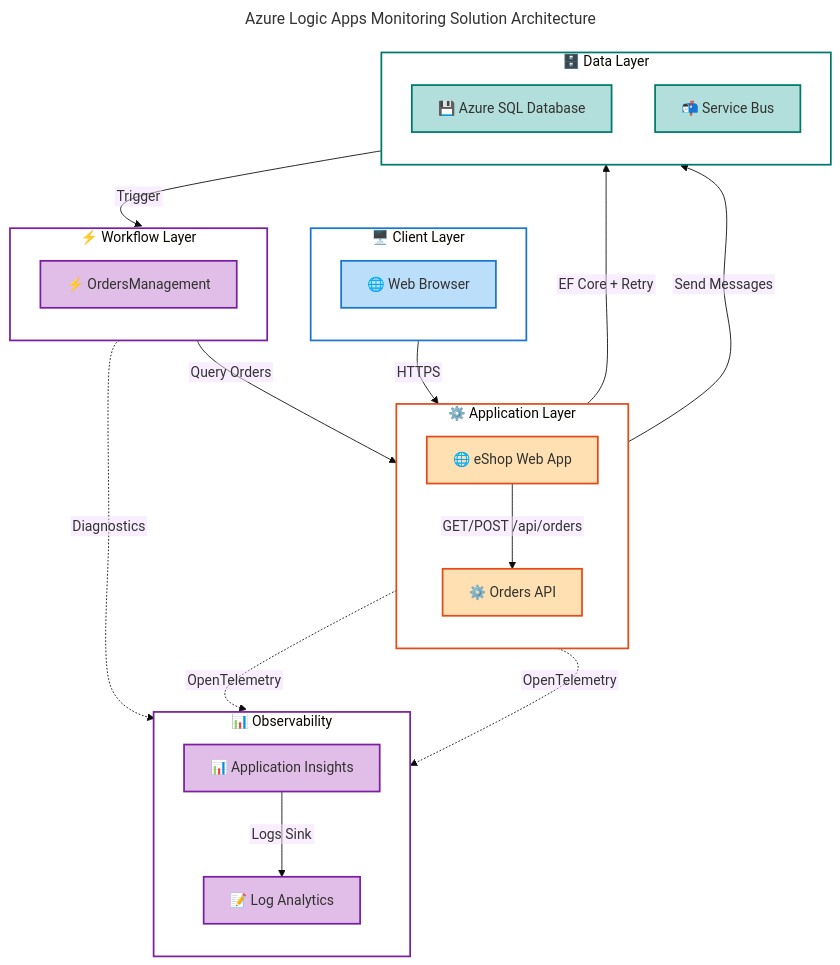
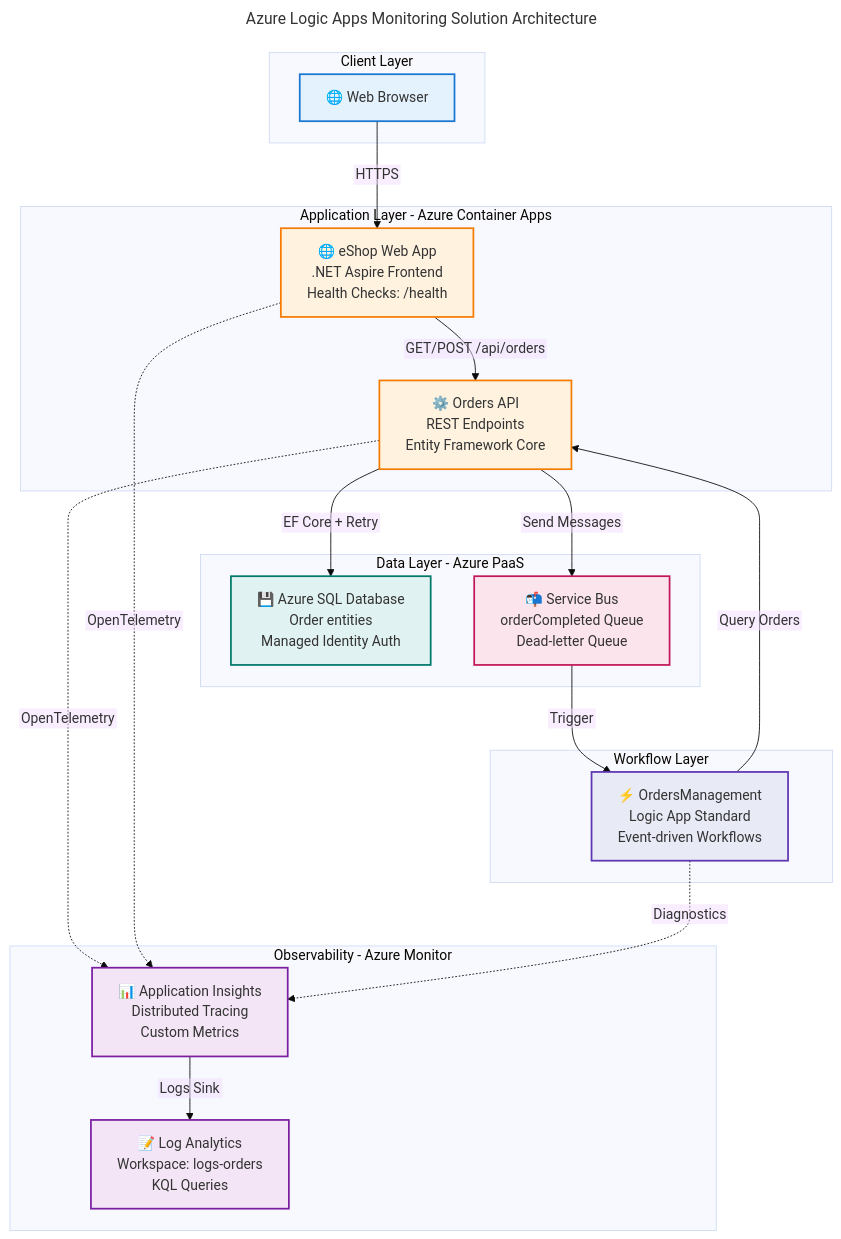
One commit to Evilazaro/Azure-LogicApps-Monitoring changed the diagram in README.md. Above: the diagram before and after it, drawn with Mermaid. The commit also changed other lines of this file, not shown here.

Commit message:
docs: update flowchart structure and styling for improved clarity and accessibility

````diff
--- a/README.md
+++ b/README.md
@@ -96,87 +96,52 @@
   theme: base
   flowchart:
     htmlLabels: false
-    curve: cardinal
 ---
-flowchart TB
+graph TB
     accTitle: Azure Logic Apps Monitoring Solution Architecture
-    accDescr: Layered microservices architecture showing client access, application services, workflow orchestration, data persistence, and observability components with their interactions
+    accDescr: Shows layered microservices architecture with Client Layer, Application Layer, Workflow Layer, Data Layer, and Observability components with their interactions
 
-    %% ============================================
-    %% AZURE / FLUENT ARCHITECTURE PATTERN v1.1 (Semantic + Font Governance)
-    %% Color Scheme: Semantic colors based on component function (100-level for nodes)
-    %% - Client/UI = Blue (#BBDEFB) → User interaction
-    %% - Application Services = Orange (#FFE0B2) → Business logic
-    %% - Workflow/Orchestration = Purple (#E1BEE7) → Event-driven processes
-    %% - Data/Storage = Teal (#B2DFDB) → Persistence and messaging
-    %% - Observability = Purple (#E1BEE7) → Monitoring and logging
-    %% Subgraph backgrounds = White/neutral for clean visual hierarchy
-    %% ============================================
-
-    %% Complete classDef palette (14 declarations - MRM-D002 compliant)
-    classDef level1Group fill:#FFFFFF,stroke:#3F51B5,stroke-width:3px,color:#323130
-    classDef level2Group fill:#C5CAE9,stroke:#3F51B5,stroke-width:2px,color:#323130
-    classDef level3Group fill:#9FA8DA,stroke:#3F51B5,stroke-width:2px,color:#323130
-    classDef level4Group fill:#7986CB,stroke:#3F51B5,stroke-width:1px,color:#fff
-    classDef mainGroup fill:#FFFFFF,stroke:#3F51B5,stroke-width:3px,color:#323130
-    classDef subGroup fill:#C5CAE9,stroke:#3F51B5,stroke-width:2px,color:#323130
-    classDef azureBlue fill:#BBDEFB,stroke:#1976D2,stroke-width:2px,color:#323130
-    classDef azureGreen fill:#C8E6C9,stroke:#388E3C,stroke-width:2px,color:#323130
-    classDef azureRed fill:#FFCDD2,stroke:#D32F2F,stroke-width:2px,color:#323130
-    classDef azureYellow fill:#FFF9C4,stroke:#F57F17,stroke-width:2px,color:#323130
-    classDef azureOrange fill:#FFE0B2,stroke:#E64A19,stroke-width:2px,color:#323130
-    classDef azurePurple fill:#E1BEE7,stroke:#7B1FA2,stroke-width:2px,color:#323130
-    classDef azureTeal fill:#B2DFDB,stroke:#00796B,stroke-width:2px,color:#323130
-    classDef neutralGrey fill:#F3F2F1,stroke:#605E5C,stroke-width:2px,color:#323130
-
-    subgraph clientLayer["🖥️ Client Layer"]
-        direction TB
-        clientNode["🌐 Web Browser"]:::azureBlue
+    subgraph "Client Layer"
+        Client["🌐 Web Browser"]
     end
 
-    subgraph appLayer["⚙️ Application Layer"]
-        direction TB
-        webApp["🌐 eShop Web App"]:::azureOrange
-        ordersAPI["⚙️ Orders API"]:::azureOrange
+    subgraph "Application Layer - Azure Container Apps"
+        WebApp["🌐 eShop Web App<br/>.NET Aspire Frontend<br/>Health Checks: /health"]
+        OrdersAPI["⚙️ Orders API<br/>REST Endpoints<br/>Entity Framework Core"]
     end
 
-    subgraph workflowLayer["⚡ Workflow Layer"]
-        direction TB
-        logicApp["⚡ OrdersManagement"]:::azurePurple
+    subgraph "Workflow Layer"
+        LogicApp["⚡ OrdersManagement<br/>Logic App Standard<br/>Event-driven Workflows"]
     end
 
-    subgraph dataLayer["🗄️ Data Layer"]
-        direction TB
-        sqlDb["💾 Azure SQL Database"]:::azureTeal
-        serviceBus["📬 Service Bus"]:::azureTeal
+    subgraph "Data Layer - Azure PaaS"
+        SQL["💾 Azure SQL Database<br/>Order entities<br/>Managed Identity Auth"]
+        ServiceBus["📬 Service Bus<br/>orderCompleted Queue<br/>Dead-letter Queue"]
     end
 
-    subgraph observabilityLayer["📊 Observability"]
-        direction TB
-        appInsights["📊 Application Insights"]:::azurePurple
-        logAnalytics["📝 Log Analytics"]:::azurePurple
+    subgraph "Observability - Azure Monitor"
+        AppInsights["📊 Application Insights<br/>Distributed Tracing<br/>Custom Metrics"]
+        LogAnalytics["📝 Log Analytics<br/>Workspace: logs-orders<br/>KQL Queries"]
     end
 
-    %% Connections
-    clientNode -->|HTTPS| webApp
-    webApp -->|GET/POST /api/orders| ordersAPI
-    ordersAPI -->|EF Core + Retry| sqlDb
-    ordersAPI -->|Send Messages| serviceBus
-    serviceBus -->|Trigger| logicApp
-    logicApp -->|Query Orders| ordersAPI
+    Client -->|HTTPS| WebApp
+    WebApp -->|"GET/POST /api/orders"| OrdersAPI
+    OrdersAPI -->|"EF Core + Retry"| SQL
+    OrdersAPI -->|"Send Messages"| ServiceBus
+    ServiceBus -->|Trigger| LogicApp
+    LogicApp -->|Query Orders| OrdersAPI
 
-    ordersAPI -.->|OpenTelemetry| appInsights
-    webApp -.->|OpenTelemetry| appInsights
-    logicApp -.->|Diagnostics| appInsights
-    appInsights -->|Logs Sink| logAnalytics
+    OrdersAPI -.->|OpenTelemetry| AppInsights
+    WebApp -.->|OpenTelemetry| AppInsights
+    LogicApp -.->|Diagnostics| AppInsights
+    AppInsights -->|Logs Sink| LogAnalytics
 
-    %% Subgraph styling (MANDATORY - MRM-S001 - 5 subgraphs = 5 style directives)
-    %% Using white/neutral backgrounds for clean hierarchy - semantic colors on nodes only
-    style clientLayer fill:#FFFFFF,stroke:#1976D2,stroke-width:2px
-    style appLayer fill:#FFFFFF,stroke:#E64A19,stroke-width:2px
-    style workflowLayer fill:#FFFFFF,stroke:#7B1FA2,stroke-width:2px
-    style dataLayer fill:#FFFFFF,stroke:#00796B,stroke-width:2px
-    style observabilityLayer fill:#FFFFFF,stroke:#7B1FA2,stroke-width:2px
-
-    %% Accessibility: WCAG AA verified (contrast ratio ≥4.5:1)
+    style Client fill:#E3F2FD,stroke:#1976D2,stroke-width:2px
+    style WebApp fill:#FFF3E0,stroke:#F57C00,stroke-width:2px
+    style OrdersAPI fill:#FFF3E0,stroke:#F57C00,stroke-width:2px
+    style LogicApp fill:#E8EAF6,stroke:#5E35B1,stroke-width:2px
+    style SQL fill:#E0F2F1,stroke:#00796B,stroke-width:2px
+    style ServiceBus fill:#FCE4EC,stroke:#C2185B,stroke-width:2px
+    style AppInsights fill:#F3E5F5,stroke:#7B1FA2,stroke-width:2px
+    style LogAnalytics fill:#F3E5F5,stroke:#7B1FA2,stroke-width:2px
 ```
````
